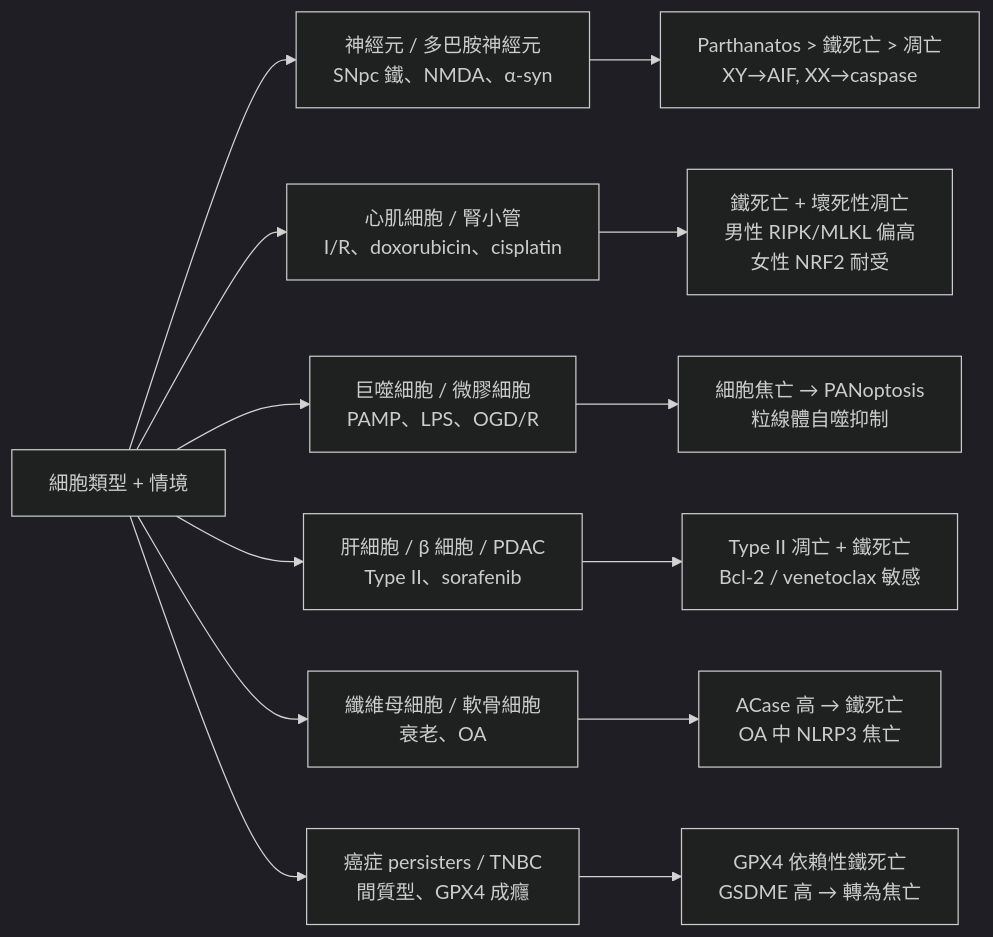
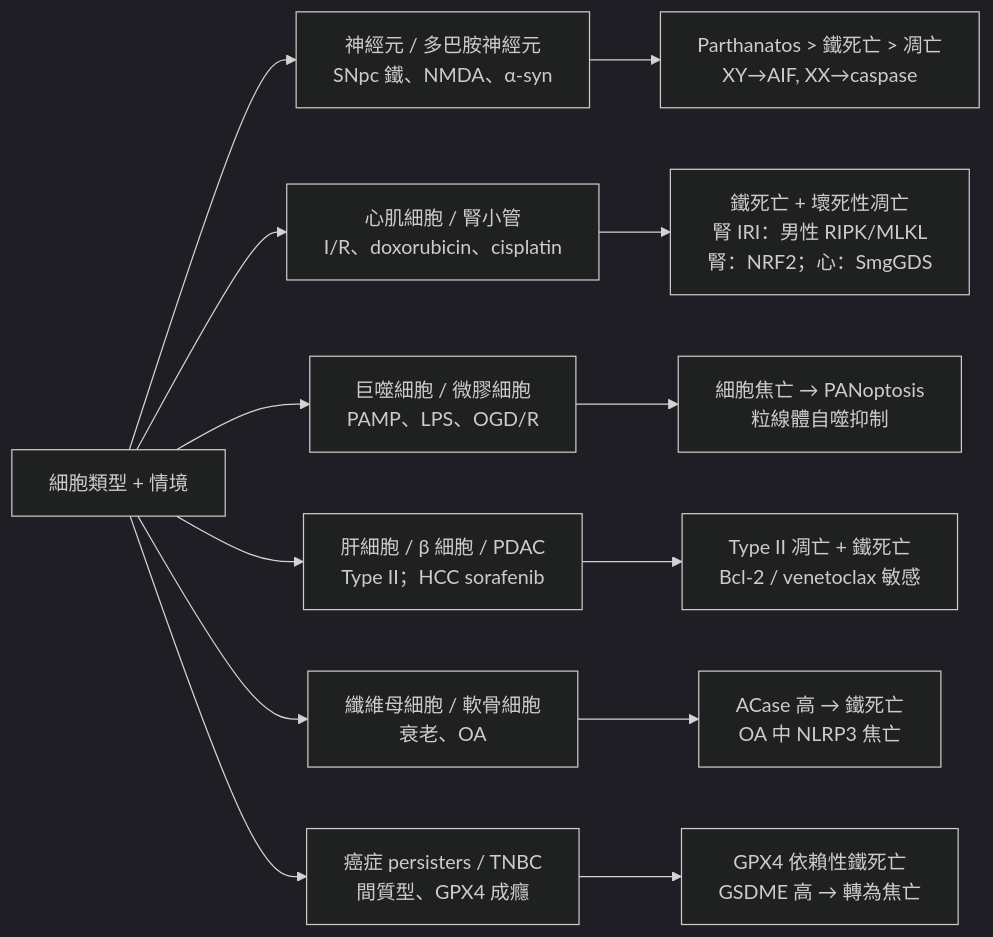
One commit to jkuo45/llm-wiki-jk changed the second of 3 diagrams in web/public/tasks/zh-TW/task_output_cell_death_decision_tree_11_Sep_2026.md. Above: the diagram before and after it, drawn with Mermaid (dark theme). The commit also changed other lines of this file and 5 other files, not shown here.

````diff
--- a/web/public/tasks/zh-TW/task_output_cell_death_decision_tree_11_Sep_2026.md
+++ b/web/public/tasks/zh-TW/task_output_cell_death_decision_tree_11_Sep_2026.md
@@ -63,16 +67,16 @@
 ```mermaid
 flowchart LR
     C["細胞類型 + 情境"] --> N["神經元 / 多巴胺神經元\nSNpc 鐵、NMDA、α-syn"]
     C --> H["心肌細胞 / 腎小管\nI/R、doxorubicin、cisplatin"]
     C --> I["巨噬細胞 / 微膠細胞\nPAMP、LPS、OGD/R"]
-    C --> E["肝細胞 / β 細胞 / PDAC\nType II、sorafenib"]
+    C --> E["肝細胞 / β 細胞 / PDAC\nType II；HCC sorafenib"]
     C --> F["纖維母細胞 / 軟骨細胞\n衰老、OA"]
     C --> T["癌症 persisters / TNBC\n間質型、GPX4 成癮"]
 
     N --> N1["Parthanatos > 鐵死亡 > 凋亡\nXY→AIF, XX→caspase"]
-    H --> H1["鐵死亡 + 壞死性凋亡\n男性 RIPK/MLKL 偏高\n女性 NRF2 耐受"]
+    H --> H1["鐵死亡 + 壞死性凋亡\n腎 IRI：男性 RIPK/MLKL\n腎：NRF2；心：SmgGDS"]
     I --> I1["細胞焦亡 → PANoptosis\n粒線體自噬抑制"]
     E --> E1["Type II 凋亡 + 鐵死亡\nBcl-2 / venetoclax 敏感"]
     F --> F1["ACase 高 → 鐵死亡\nOA 中 NLRP3 焦亡"]
     T --> T1["GPX4 依賴性鐵死亡\nGSDME 高 → 轉為焦亡"]
 ```
````
